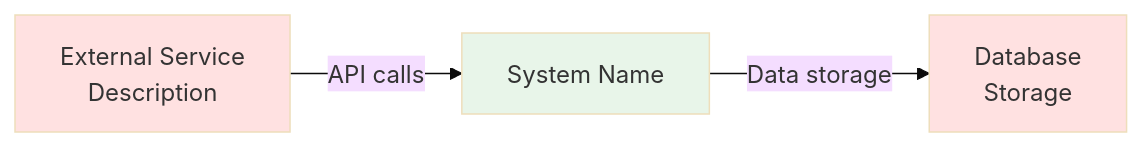
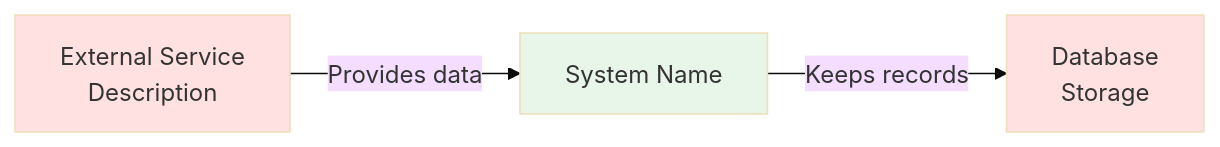
The second of 4 diagrams in dev-docs-plugin/templates/planning/use-case.md (ywj3493/claude-skills), drawn with Mermaid (base theme) before and after one commit. The commit also changed other lines of this file and 14 other files, not shown here.

````diff
--- a/dev-docs-plugin/templates/planning/use-case.md
+++ b/dev-docs-plugin/templates/planning/use-case.md
@@ -84,12 +86,12 @@
 ```mermaid
 graph LR
     ExtService[External Service<br/>Description]
     Database[Database<br/>Storage]
 
-    ExtService -->|API calls| System[System Name]
-    System -->|Data storage| Database
+    ExtService -->|Provides data| System[System Name]
+    System -->|Keeps records| Database
 
     style ExtService fill:#ffe1e1
     style Database fill:#ffe1e1
     style System fill:#e8f5e9
 ```
````
